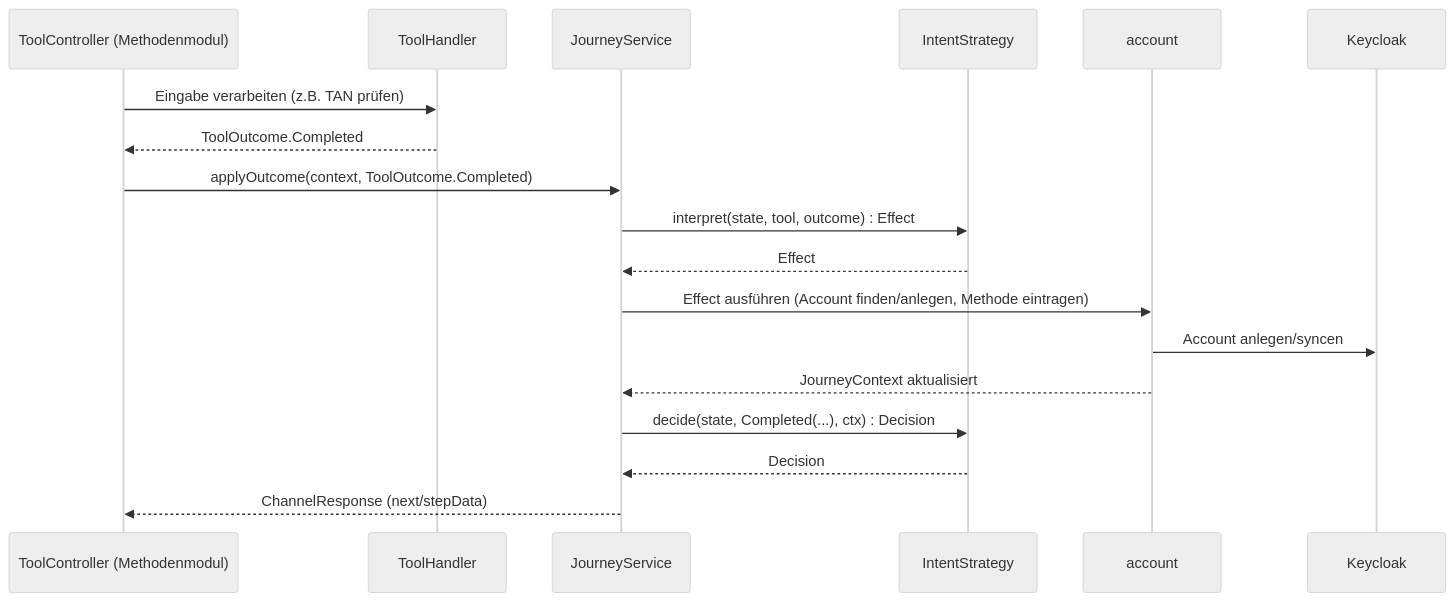
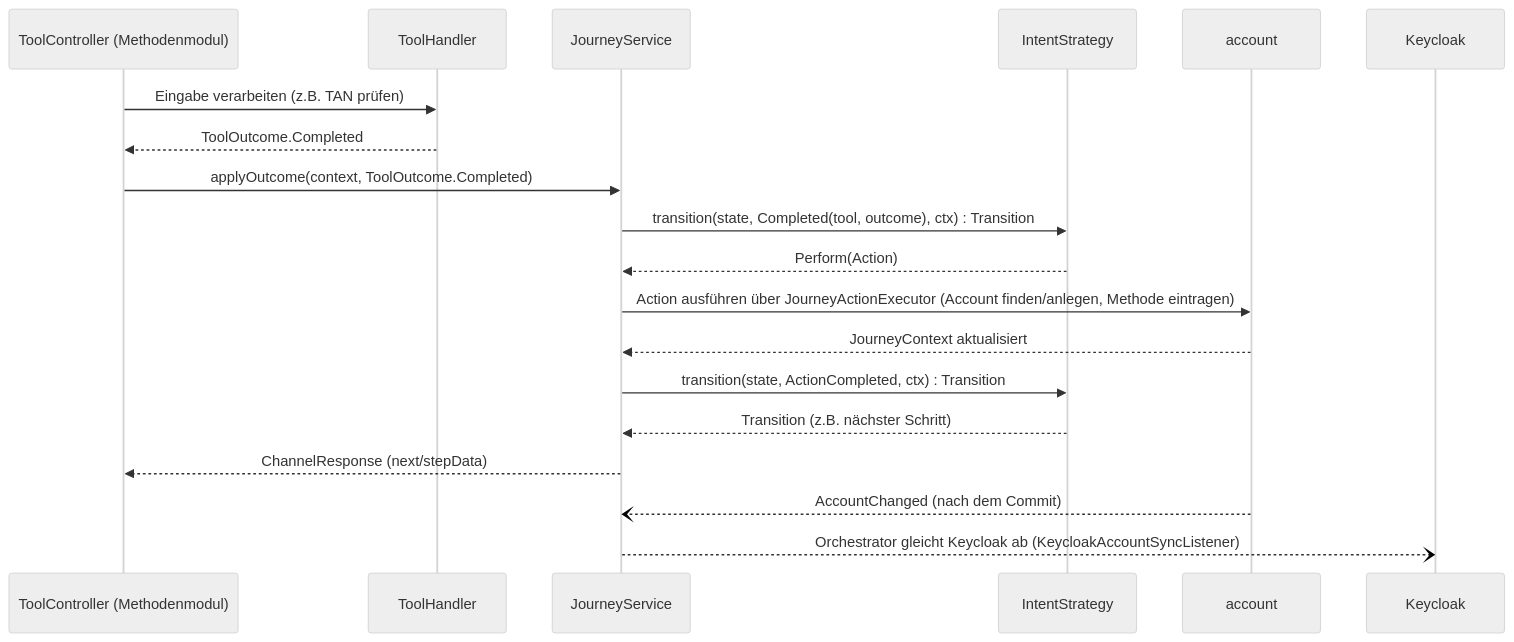
Before and after one commit to rpreissel/DPoP-demo: the second of 2 diagrams in docs/03-tool-architektur.md, drawn with Mermaid (neutral theme). The commit also changed other lines of this file and 69 other files, not shown here.

````diff
--- a/docs/03-tool-architektur.md
+++ b/docs/03-tool-architektur.md
@@ -51,22 +51,23 @@
 ```mermaid
 sequenceDiagram
   participant TC as ToolController (Methodenmodul)
   participant TH as ToolHandler
   participant JS as JourneyService
   participant IS as IntentStrategy
   participant AC as account
   participant KC as Keycloak
 
   TC->>TH: Eingabe verarbeiten (z.B. TAN prüfen)
   TH-->>TC: ToolOutcome.Completed
 
   TC->>JS: applyOutcome(context, ToolOutcome.Completed)
-  JS->>IS: interpret(state, tool, outcome) : Effect
-  IS-->>JS: Effect
-  JS->>AC: Effect ausführen (Account finden/anlegen, Methode eintragen)
-  AC->>KC: Account anlegen/syncen
+  JS->>IS: transition(state, Completed(tool, outcome), ctx) : Transition
+  IS-->>JS: Perform(Action)
+  JS->>AC: Action ausführen über JourneyActionExecutor (Account finden/anlegen, Methode eintragen)
   AC-->>JS: JourneyContext aktualisiert
-  JS->>IS: decide(state, Completed(...), ctx) : Decision
-  IS-->>JS: Decision
+  JS->>IS: transition(state, ActionCompleted, ctx) : Transition
+  IS-->>JS: Transition (z.B. nächster Schritt)
   JS-->>TC: ChannelResponse (next/stepData)
+  AC--)JS: AccountChanged (nach dem Commit)
+  JS--)KC: Orchestrator gleicht Keycloak ab (KeycloakAccountSyncListener)
 ```
````
